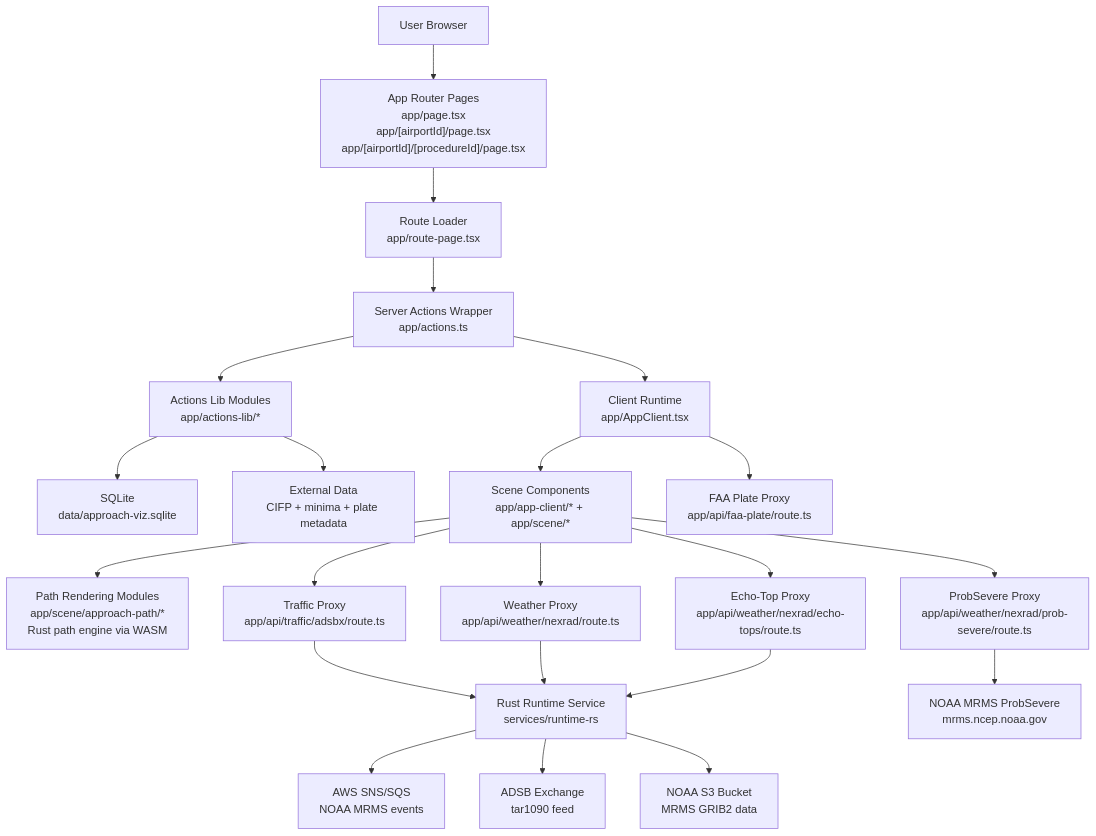
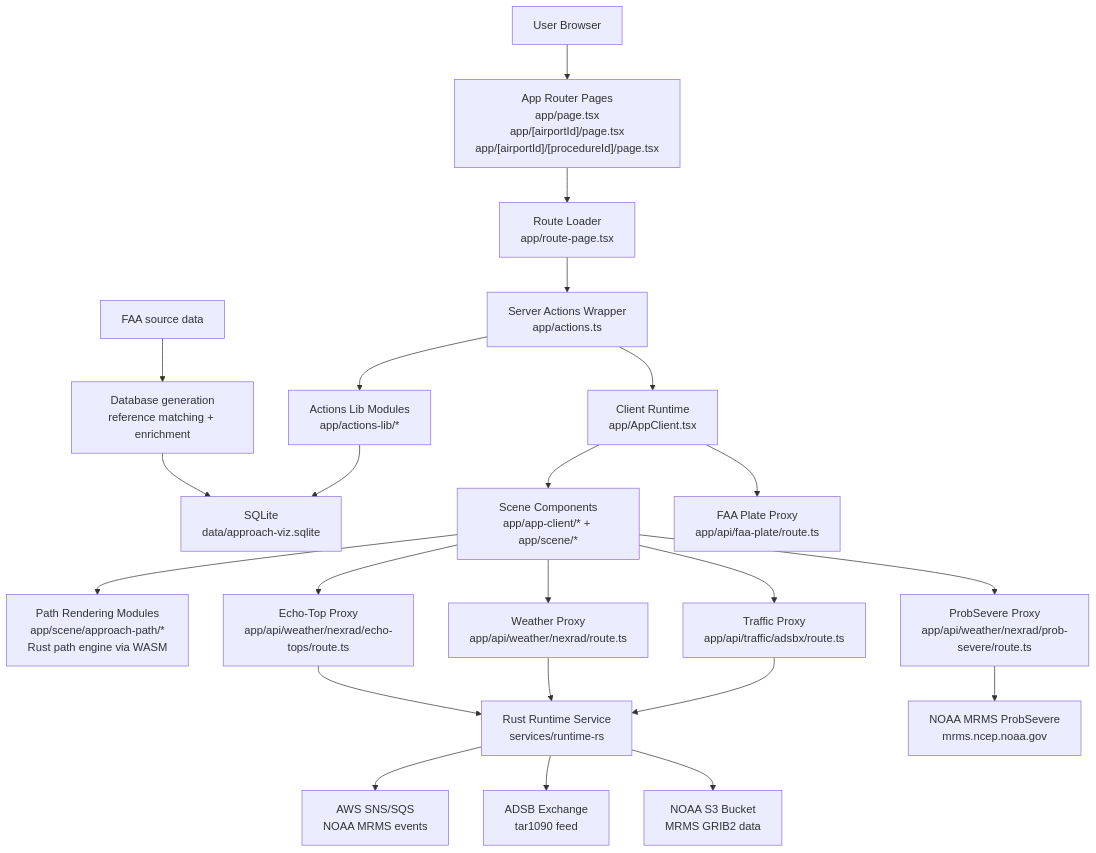
One commit to andyfangdz/approach-viz changed the diagram in docs/architecture-overview.md. Above: the diagram before and after it, drawn with Mermaid. The commit also changed 47 other files, not shown here.

Commit message:
Simplify data, runtime, and worker architecture

````diff
--- a/docs/architecture-overview.md
+++ b/docs/architecture-overview.md
@@ -7,24 +7,25 @@
 ```mermaid
 flowchart TD
   U["User Browser"] --> R["App Router Pages<br/>app/page.tsx<br/>app/[airportId]/page.tsx<br/>app/[airportId]/[procedureId]/page.tsx"]
   R --> L["Route Loader<br/>app/route-page.tsx"]
   L --> A["Server Actions Wrapper<br/>app/actions.ts"]
   A --> AL["Actions Lib Modules<br/>app/actions-lib/*"]
   AL --> DB["SQLite<br/>data/approach-viz.sqlite"]
-  AL --> EXT["External Data<br/>CIFP + minima + plate metadata"]
+  SRC["FAA source data"] --> BUILD["Database generation<br/>reference matching + enrichment"]
+  BUILD --> DB
   A --> C["Client Runtime<br/>app/AppClient.tsx"]
   C --> S["Scene Components<br/>app/app-client/* + app/scene/*"]
   C --> PP["FAA Plate Proxy<br/>app/api/faa-plate/route.ts"]
   S --> G["Path Rendering Modules<br/>app/scene/approach-path/*<br/>Rust path engine via WASM"]
   S --> TP["Traffic Proxy<br/>app/api/traffic/adsbx/route.ts"]
   S --> WP["Weather Proxy<br/>app/api/weather/nexrad/route.ts"]
   S --> EP["Echo-Top Proxy<br/>app/api/weather/nexrad/echo-tops/route.ts"]
   S --> PS["ProbSevere Proxy<br/>app/api/weather/nexrad/prob-severe/route.ts"]
   TP --> RS["Rust Runtime Service<br/>services/runtime-rs"]
   WP --> RS
   EP --> RS
   PS --> NPS["NOAA MRMS ProbSevere<br/>mrms.ncep.noaa.gov"]
   RS --> SQS["AWS SNS/SQS<br/>NOAA MRMS events"]
   RS --> ADSB["ADSB Exchange<br/>tar1090 feed"]
   RS --> S3["NOAA S3 Bucket<br/>MRMS GRIB2 data"]
 ```
````
